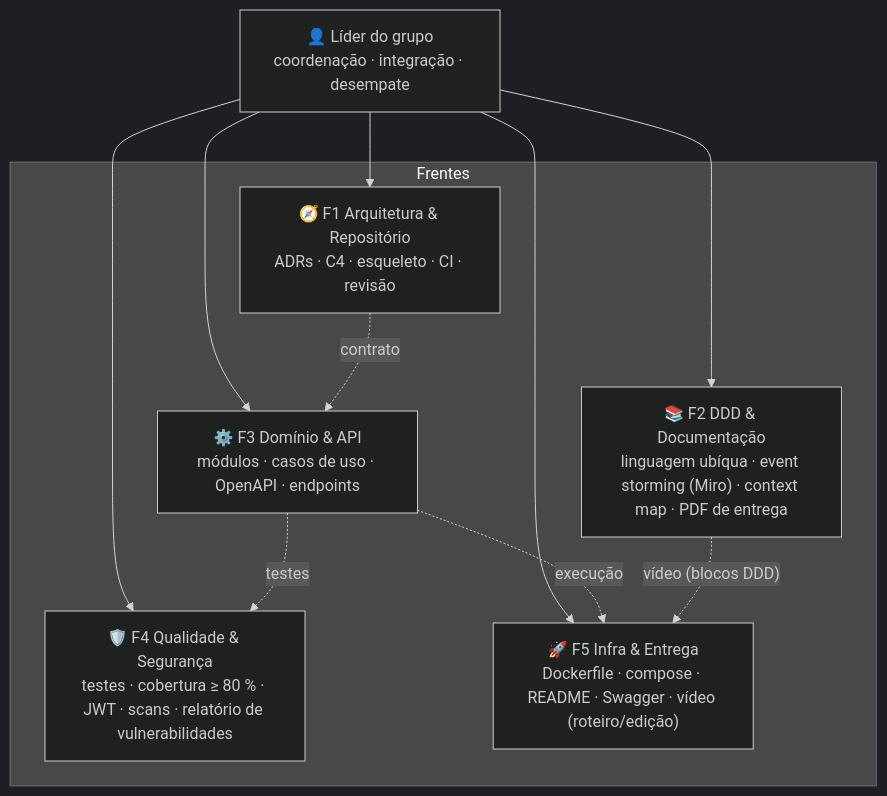
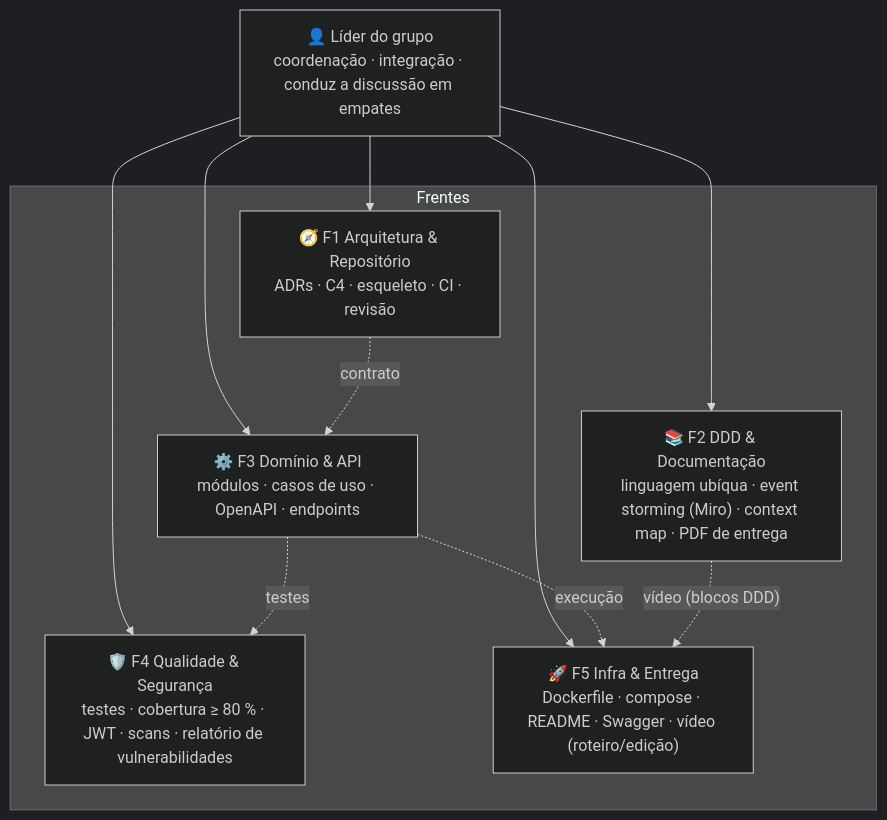
Before and after one commit to HermandoThiago/FIAP-SOAT: the first of 2 diagrams in docs/00-guia-do-grupo/frentes-e-responsabilidades.md, drawn with Mermaid (dark theme). The commit also changed other lines of this file and 29 other files, not shown here.

````diff
--- a/docs/00-guia-do-grupo/frentes-e-responsabilidades.md
+++ b/docs/00-guia-do-grupo/frentes-e-responsabilidades.md
@@ -22,20 +22,20 @@
 ```mermaid
 flowchart TB
-    L["👤 Líder do grupo<br/>coordenação · integração · desempate"]
+    L["👤 Líder do grupo<br/>coordenação · integração · conduz a discussão em empates"]
     L --> F1
     L --> F2
     L --> F3
     L --> F4
     L --> F5
     subgraph Frentes
         F1["🧭 F1 Arquitetura & Repositório<br/>ADRs · C4 · esqueleto · CI · revisão"]
         F2["📚 F2 DDD & Documentação<br/>linguagem ubíqua · event storming (Miro) · context map · PDF de entrega"]
         F3["⚙️ F3 Domínio & API<br/>módulos · casos de uso · OpenAPI · endpoints"]
         F4["🛡️ F4 Qualidade & Segurança<br/>testes · cobertura ≥ 80 % · JWT · scans · relatório de vulnerabilidades"]
         F5["🚀 F5 Infra & Entrega<br/>Dockerfile · compose · README · Swagger · vídeo (roteiro/edição)"]
     end
     F1 -. "contrato" .-> F3
     F3 -. "testes" .-> F4
     F3 -. "execução" .-> F5
     F2 -. "vídeo (blocos DDD)" .-> F5
 ```
````
